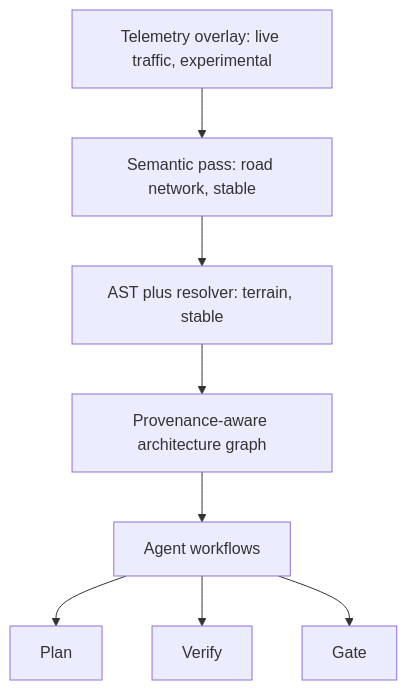
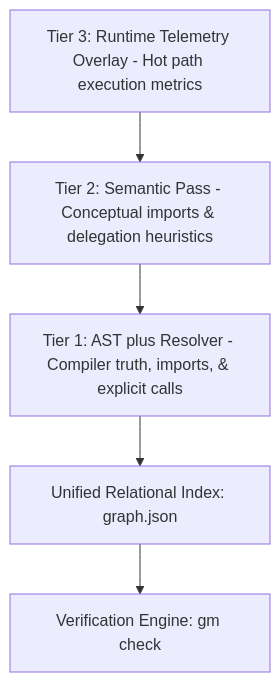
One commit to lambda-alpha-labs/Graphenium changed the first of 2 diagrams in docs/ARCHITECTURE.md. Above: the diagram before and after it, drawn with Mermaid. The commit also changed other lines of this file and 32 other files, not shown here.

First line of the commit message:
docs: reposition Graphenium as structural containment engine and pre-flight gate

````diff
--- a/docs/ARCHITECTURE.md
+++ b/docs/ARCHITECTURE.md
@@ -14,10 +13,7 @@
 ```mermaid
 graph TD
-    T3[Telemetry overlay: live traffic, experimental] --> T2[Semantic pass: road network, stable]
-    T2 --> T1[AST plus resolver: terrain, stable]
-    T1 --> G[Provenance-aware architecture graph]
-    G --> A[Agent workflows]
-    A --> P[Plan]
-    A --> V[Verify]
-    A --> C[Gate]
+    T3[Tier 3: Runtime Telemetry Overlay - Hot path execution metrics] --> T2[Tier 2: Semantic Pass - Conceptual imports & delegation heuristics]
+    T2 --> T1[Tier 1: AST plus Resolver - Compiler truth, imports, & explicit calls]
+    T1 --> G[Unified Relational Index: graph.json]
+    G --> A[Verification Engine: gm check]
 ```
````
